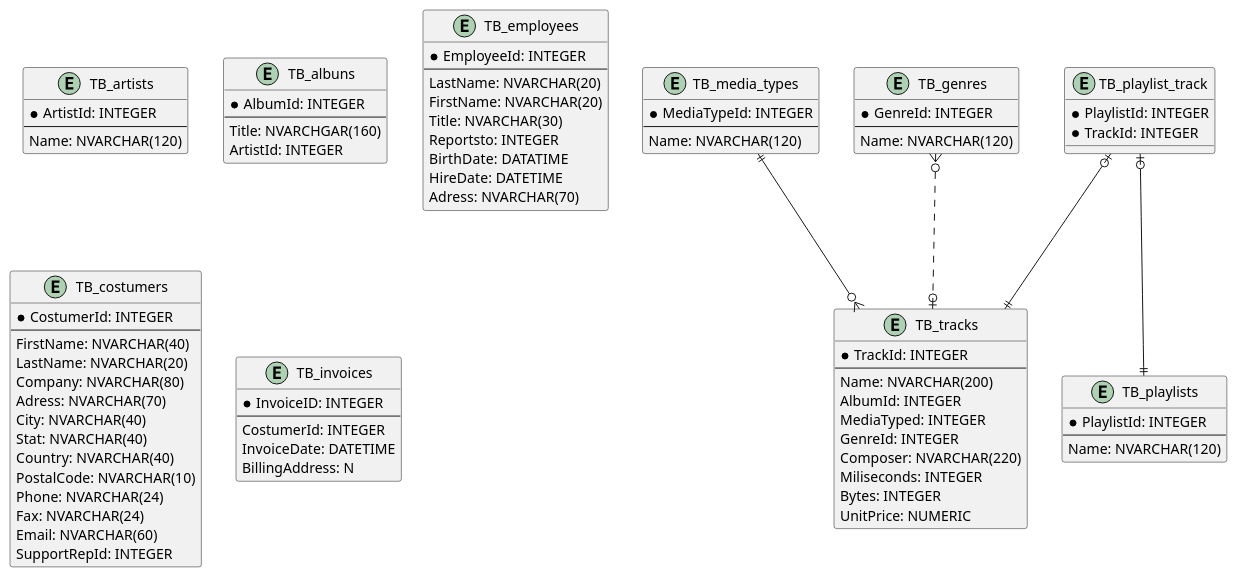
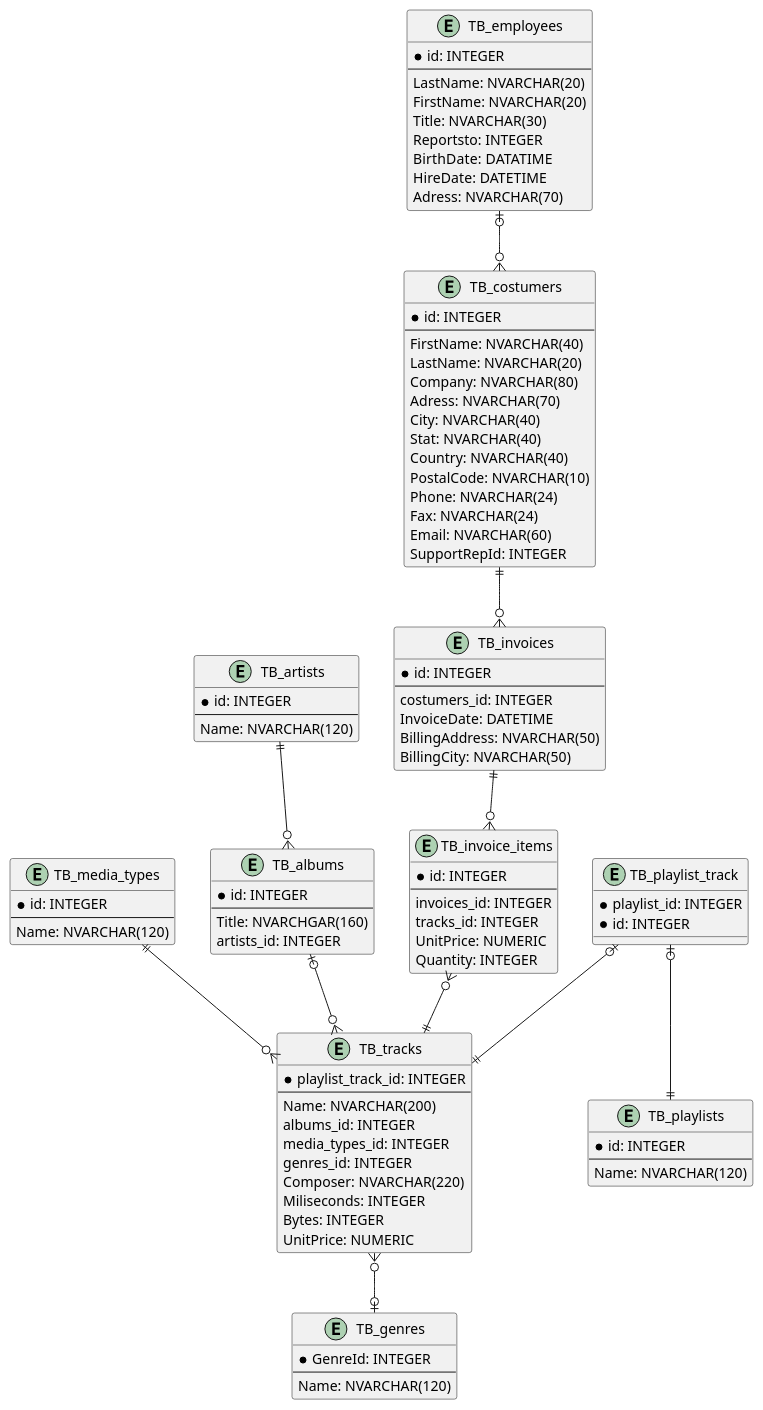
The diagram in atividades/atividade-02/DiagramaUML(BD).plantuml (Miguelito0o/bd-242), drawn with PlantUML before and after one commit.

```diff
--- a/atividades/atividade-02/DiagramaUML(BD).plantuml
+++ b/atividades/atividade-02/DiagramaUML(BD).plantuml
@@ -1,83 +1,99 @@
 @startuml
 
 entity "TB_media_types" as e01{
-  * MediaTypeId: INTEGER
+  * id: INTEGER
   --
     Name: NVARCHAR(120)
 }
 entity "TB_genres" as e02{
   * GenreId: INTEGER
   --
     Name: NVARCHAR(120)
 }
 entity "TB_tracks" as e03{
-  * TrackId: INTEGER
+  * playlist_track_id: INTEGER
   --
     Name: NVARCHAR(200)
-    AlbumId: INTEGER
-    MediaTyped: INTEGER
-    GenreId: INTEGER
+    albums_id: INTEGER
+    media_types_id: INTEGER
+    genres_id: INTEGER
     Composer: NVARCHAR(220)
     Miliseconds: INTEGER
     Bytes: INTEGER
     UnitPrice: NUMERIC 
 }
 entity "TB_playlists" as e04{
-    *PlaylistId: INTEGER
+    *id: INTEGER
     --
     Name: NVARCHAR(120)
 }
 entity "TB_playlist_track" as e05{
-    *PlaylistId: INTEGER
-    *TrackId: INTEGER
+    *playlist_id: INTEGER
+    *id: INTEGER
 }
 entity "TB_artists" as e06{
-    *ArtistId: INTEGER
+    *id: INTEGER
     --
     Name: NVARCHAR(120)
 }
-entity "TB_albuns" as e07{
-    *AlbumId: INTEGER
+entity "TB_albums" as e07{
+    *id: INTEGER
     --
     Title: NVARCHGAR(160)
-    ArtistId: INTEGER
+    artists_id: INTEGER
 }
 entity "TB_employees" as e08{
-    *EmployeeId: INTEGER
+    *id: INTEGER
     --
     LastName: NVARCHAR(20)
     FirstName: NVARCHAR(20)
     Title: NVARCHAR(30)
     Reportsto: INTEGER
     BirthDate: DATATIME
     HireDate: DATETIME
     Adress: NVARCHAR(70)
 }
 entity "TB_costumers" as e09{
-  *CostumerId: INTEGER
+  *id: INTEGER
   --
   FirstName: NVARCHAR(40)
   LastName: NVARCHAR(20)
   Company: NVARCHAR(80)
   Adress: NVARCHAR(70)
   City: NVARCHAR(40)
   Stat: NVARCHAR(40)
   Country: NVARCHAR(40)
   PostalCode: NVARCHAR(10)
   Phone: NVARCHAR(24)
   Fax: NVARCHAR(24)
   Email: NVARCHAR(60)
   SupportRepId: INTEGER
 }
 entity "TB_invoices" as e10 {
-  *InvoiceID: INTEGER
+  *id: INTEGER
   --
-  CostumerId: INTEGER
+  costumers_id: INTEGER
   InvoiceDate: DATETIME
-  BillingAddress: N
+  BillingAddress: NVARCHAR(50)
+  BillingCity: NVARCHAR(50)
+}
+entity "TB_invoice_items" as e11{
+  *id: INTEGER
+  --
+  invoices_id: INTEGER
+  tracks_id: INTEGER
+  UnitPrice: NUMERIC
+  Quantity: INTEGER
 }
 e01 ||--o{ e03
-e02 }o..o| e03
+e03 }o--o| e02
 e05 |o--|| e04
 e05 |o--|| e03
+e06 ||--o{ e07
+e07 |o--o{ e03
+e08 |o--o{ e09
+e09 ||--o{ e10
+e10 ||--o{ e11
+e11 }o--|| e03
+
 @enduml
```
